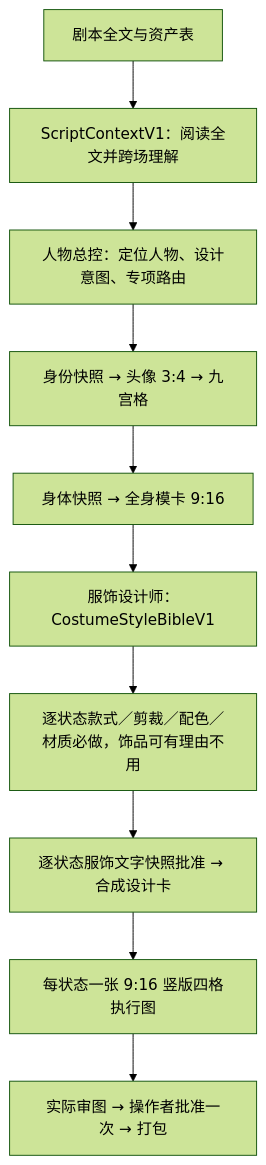
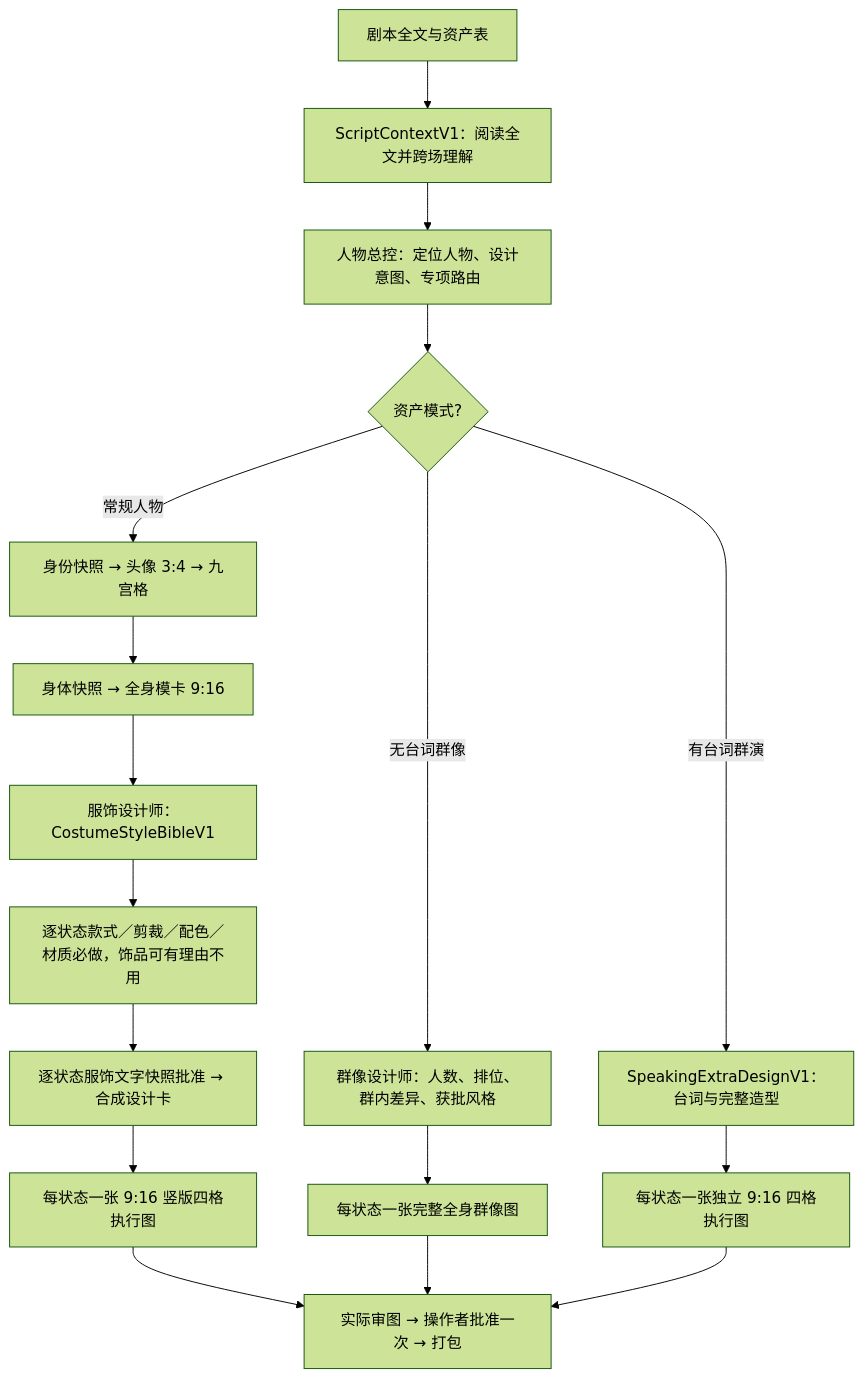
Before and after one commit to kaibaoxiang-studio/ZiChan: the first of 3 diagrams in README.md, drawn with Mermaid (forest theme). The commit also changed other lines of this file and 43 other files, not shown here.

````diff
--- a/README.md
+++ b/README.md
@@ -35,12 +39,19 @@
 ```mermaid
 flowchart TD
     A["剧本全文与资产表"] --> B["ScriptContextV1：阅读全文并跨场理解"]
     B --> C["人物总控：定位人物、设计意图、专项路由"]
-    C --> D["身份快照 → 头像 3:4 → 九宫格"]
+    C --> X{"资产模式?"}
+    X -- "常规人物" --> D["身份快照 → 头像 3:4 → 九宫格"]
     D --> E["身体快照 → 全身模卡 9:16"]
     E --> F["服饰设计师：CostumeStyleBibleV1"]
     F --> G["逐状态款式／剪裁／配色／材质必做，饰品可有理由不用"]
     G --> H["逐状态服饰文字快照批准 → 合成设计卡"]
     H --> I["每状态一张 9:16 竖版四格执行图"]
     I --> J["实际审图 → 操作者批准一次 → 打包"]
+    X -- "无台词群像" --> Q["群像设计师：人数、排位、群内差异、获批风格"]
+    Q --> R["每状态一张完整全身群像图"]
+    R --> J
+    X -- "有台词群演" --> T["SpeakingExtraDesignV1：台词与完整造型"]
+    T --> U["每状态一张独立 9:16 四格执行图"]
+    U --> J
 ```
````
